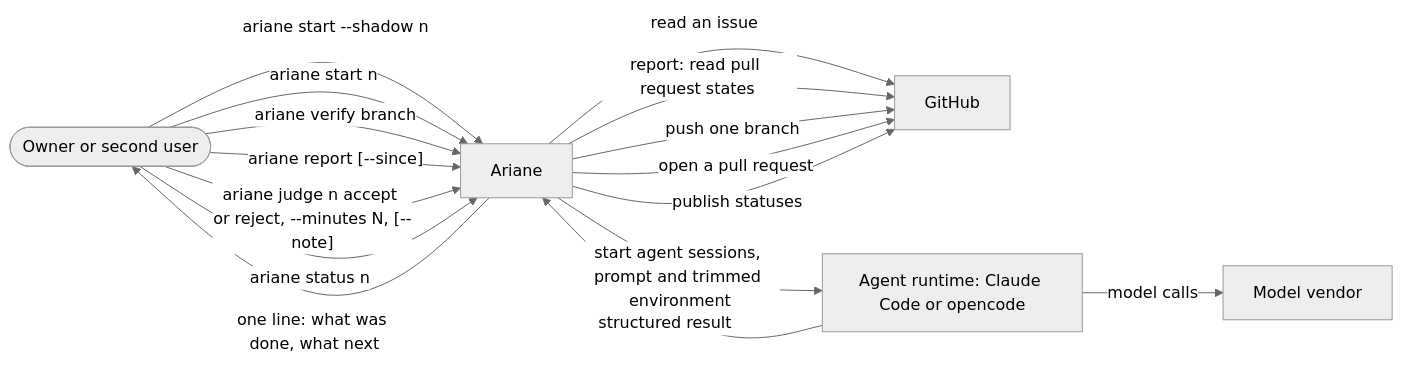
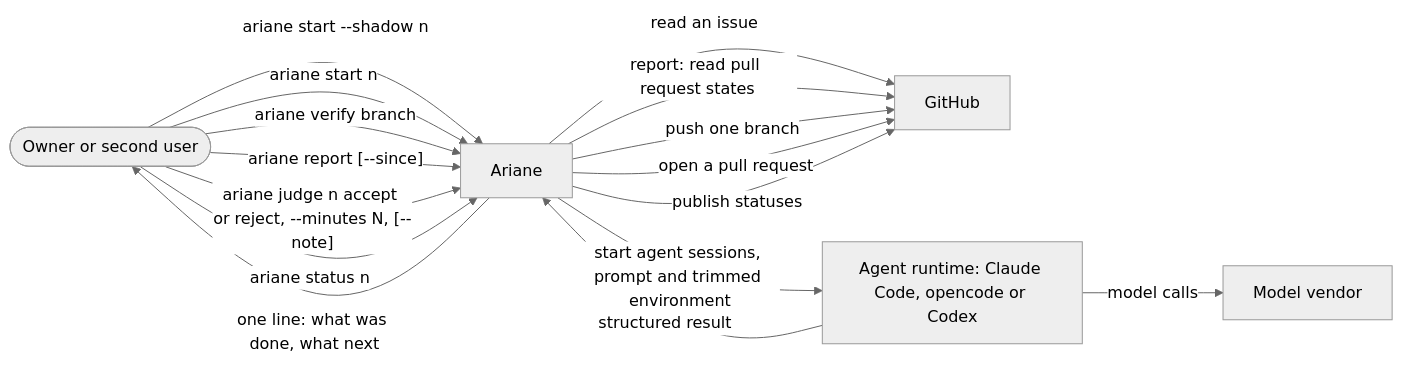
Before and after one commit to plaplanche/ariane: the diagram in docs/architecture/1-context.md, drawn with Mermaid (neutral theme). The commit also changed 30 other files, not shown here.

Commit message:
#157: Codex as a reviewer runtime: read-only codex exec on a ChatGPT plan or an API key, with a quota stop (C5, C10)

````diff
--- a/docs/architecture/1-context.md
+++ b/docs/architecture/1-context.md
@@ -5,23 +5,23 @@
 ```mermaid
 flowchart LR
   user([Owner or second user])
   ariane[Ariane]
   github[GitHub]
-  runtime[Agent runtime: Claude Code or opencode]
+  runtime[Agent runtime: Claude Code, opencode or Codex]
   vendor[Model vendor]
   user -->|ariane start --shadow n| ariane
   user -->|ariane start n| ariane
   user -->|ariane verify branch| ariane
   user -->|"ariane report [--since]"| ariane
   user -->|"ariane judge n accept or reject, --minutes N, [--note]"| ariane
   user -->|ariane status n| ariane
   ariane -->|one line: what was done, what next| user
   ariane -->|read an issue| github
   ariane -->|report: read pull request states| github
   ariane -->|push one branch| github
   ariane -->|open a pull request| github
   ariane -->|publish statuses| github
   ariane -->|start agent sessions, prompt and trimmed environment| runtime
   runtime -->|structured result| ariane
   runtime -->|model calls| vendor
 ```
````
